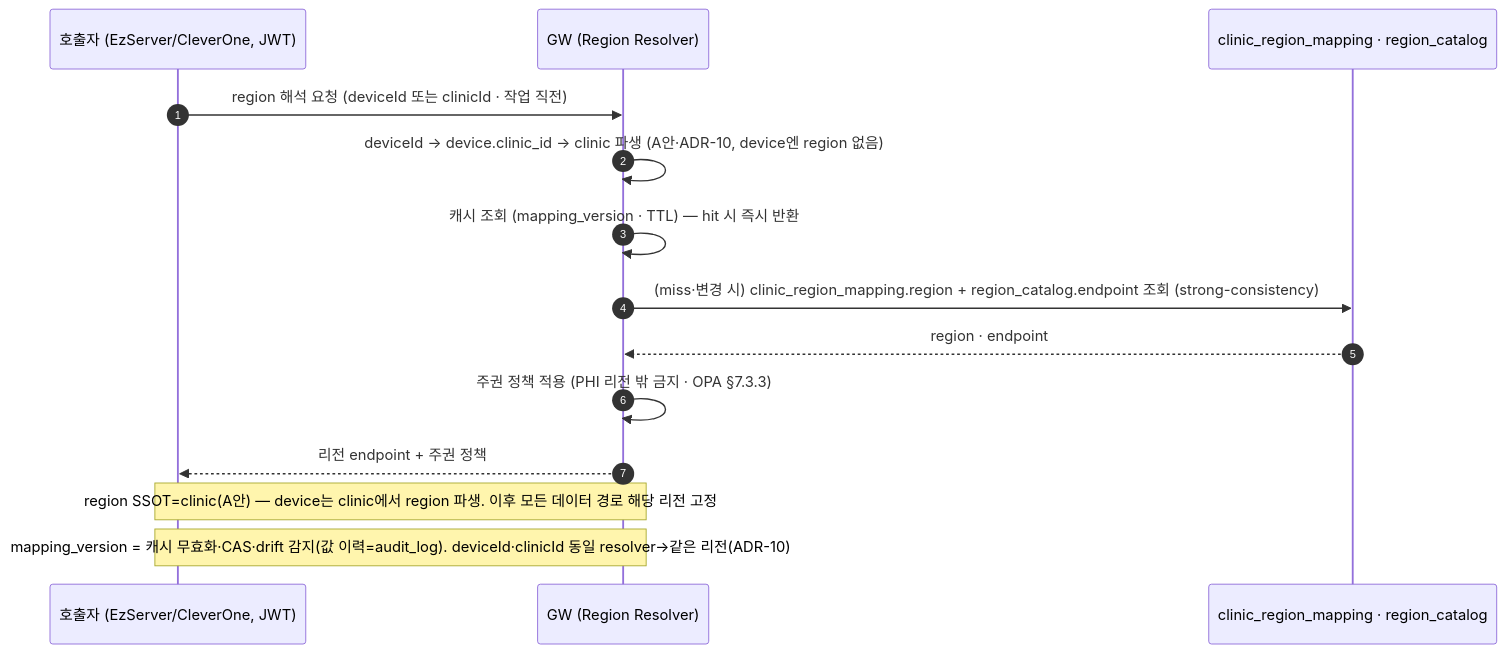
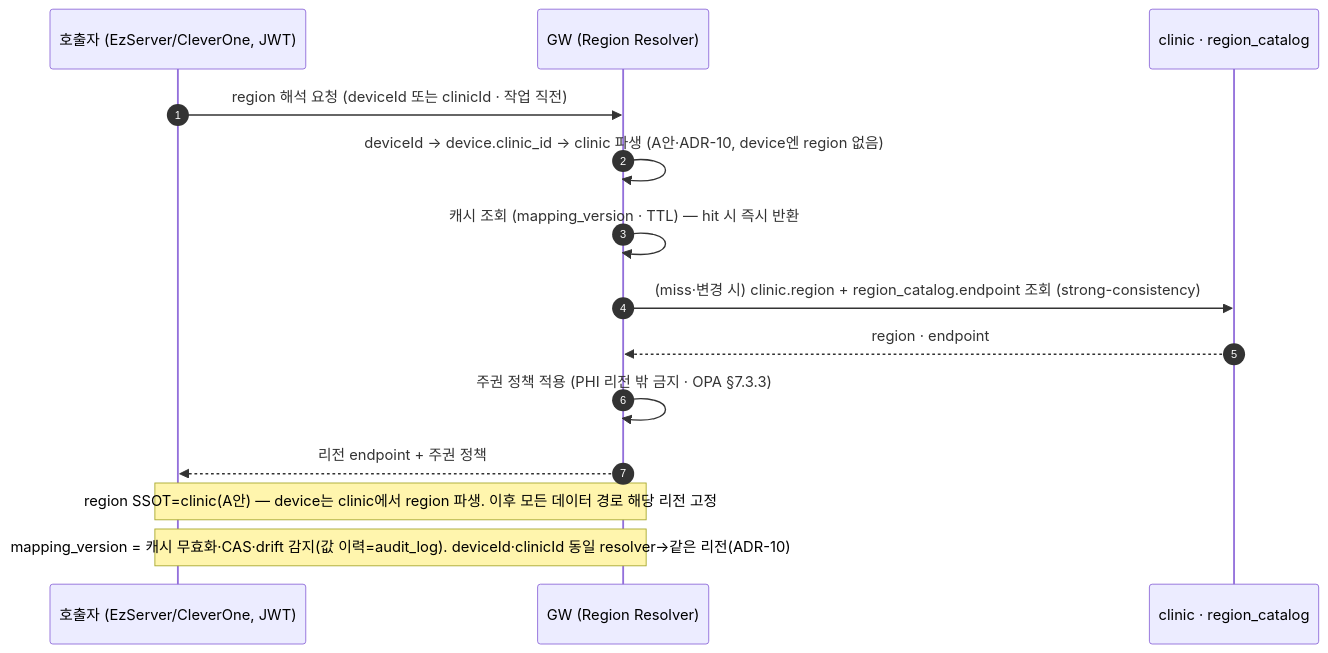
One commit to gracegyu/scp-architecture changed the second of 2 diagrams in docs/VT_API_Gateway/08.VT_API_Gateway/VT API Gateway — ARD (아키텍처).md. Above: the diagram before and after it, drawn with Mermaid. The commit also changed other lines of this file and 8 other files, not shown here.

Commit message:
문서 업데이트: VT API Gateway의 SRS 문서에서 `clinic_region_mapping` 테이블을 `clinic`으로 승격하고, 관련 DBML 및 OpenAPI 문서에서 클리닉 등록 프로세스를 자동화하여 일관성을 강화하였습니다. 또한, region 해석 프로세스를 개선하고, Redis 캐시 키 패턴을 업데이트하여 데이터 구조의 명확성을 높였습니다. 설정 파일에 새로운 Bash 스크립트를 추가하여 개발 환경에서의 도구 활성화 및 오류 처리를 개선하였습니다.

````diff
--- a/docs/VT_API_Gateway/08.VT_API_Gateway/VT API Gateway — ARD (아키텍처).md
+++ b/docs/VT_API_Gateway/08.VT_API_Gateway/VT API Gateway — ARD (아키텍처).md
@@ -176,16 +178,16 @@
 ```mermaid
 sequenceDiagram
     autonumber
     participant D as 호출자 (EzServer/CleverOne, JWT)
     participant GW as GW (Region Resolver)
-    participant DB as clinic_region_mapping · region_catalog
+    participant DB as clinic · region_catalog
     D->>GW: region 해석 요청 (deviceId 또는 clinicId · 작업 직전)
     GW->>GW: deviceId → device.clinic_id → clinic 파생 (A안·ADR-10, device엔 region 없음)
     GW->>GW: 캐시 조회 (mapping_version · TTL) — hit 시 즉시 반환
-    GW->>DB: (miss·변경 시) clinic_region_mapping.region + region_catalog.endpoint 조회 (strong-consistency)
+    GW->>DB: (miss·변경 시) clinic.region + region_catalog.endpoint 조회 (strong-consistency)
     DB-->>GW: region · endpoint
     GW->>GW: 주권 정책 적용 (PHI 리전 밖 금지 · OPA §7.3.3)
     GW-->>D: 리전 endpoint + 주권 정책
     Note over D,GW: region SSOT=clinic(A안) — device는 clinic에서 region 파생. 이후 모든 데이터 경로 해당 리전 고정
     Note over D,GW: mapping_version = 캐시 무효화·CAS·drift 감지(값 이력=audit_log). deviceId·clinicId 동일 resolver→같은 리전(ADR-10)
 ```
````
